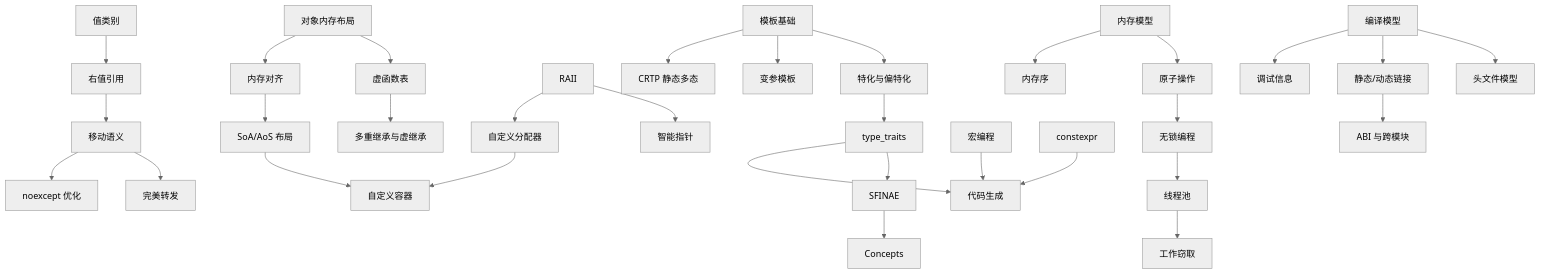
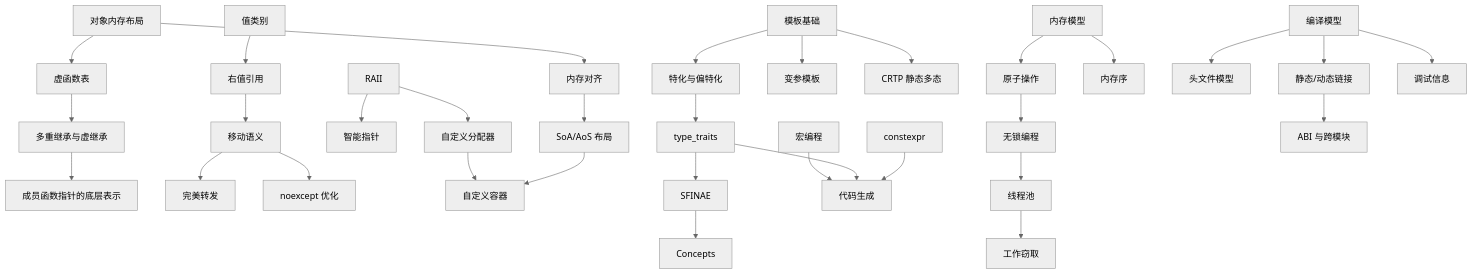
Before and after one commit to asxiuxiu/asxiuxiu_obsidian_repo: the diagram in Notes/C++编程/索引.md, drawn with Mermaid (neutral theme). The commit also changed other lines of this file and 20 other files, not shown here.

````diff
--- a/Notes/C++编程/索引.md
+++ b/Notes/C++编程/索引.md
@@ -204,39 +200,40 @@
 ```mermaid
 graph TD
     MemoryLayout[对象内存布局] --> VTable[虚函数表]
     MemoryLayout --> Alignment[内存对齐]
     VTable --> Inheritance[多重继承与虚继承]
+    Inheritance --> MemberFuncPtr[成员函数指针的底层表示]
 
     ValueCat[值类别] --> RRef[右值引用]
     RRef --> MoveSem[移动语义]
     MoveSem --> PerfectFwd[完美转发]
     MoveSem --> Noexcept[noexcept 优化]
 
     RAII --> SmartPtr[智能指针]
     RAII --> Allocator[自定义分配器]
     Allocator --> Container[自定义容器]
     Alignment --> SoA[SoA/AoS 布局]
     SoA --> Container
 
     Template[模板基础] --> Spec[特化与偏特化]
     Template --> Variadic[变参模板]
     Template --> CRTP[CRTP 静态多态]
     Spec --> TypeTraits[type_traits]
     TypeTraits --> SFINAE[SFINAE]
     SFINAE --> Concepts[Concepts]
 
     Macro[宏编程] --> CodeGen[代码生成]
     TypeTraits --> CodeGen
     Constexpr[constexpr] --> CodeGen
 
     MemModel[内存模型] --> Atomic[原子操作]
     Atomic --> LockFree[无锁编程]
     MemModel --> MemOrder[内存序]
     LockFree --> ThreadPool[线程池]
     ThreadPool --> WorkSteal[工作窃取]
 
     Build[编译模型] --> Header[头文件模型]
     Build --> Link[静态/动态链接]
     Link --> ABI[ABI 与跨模块]
     Build --> DebugInfo[调试信息]
 ```
````
